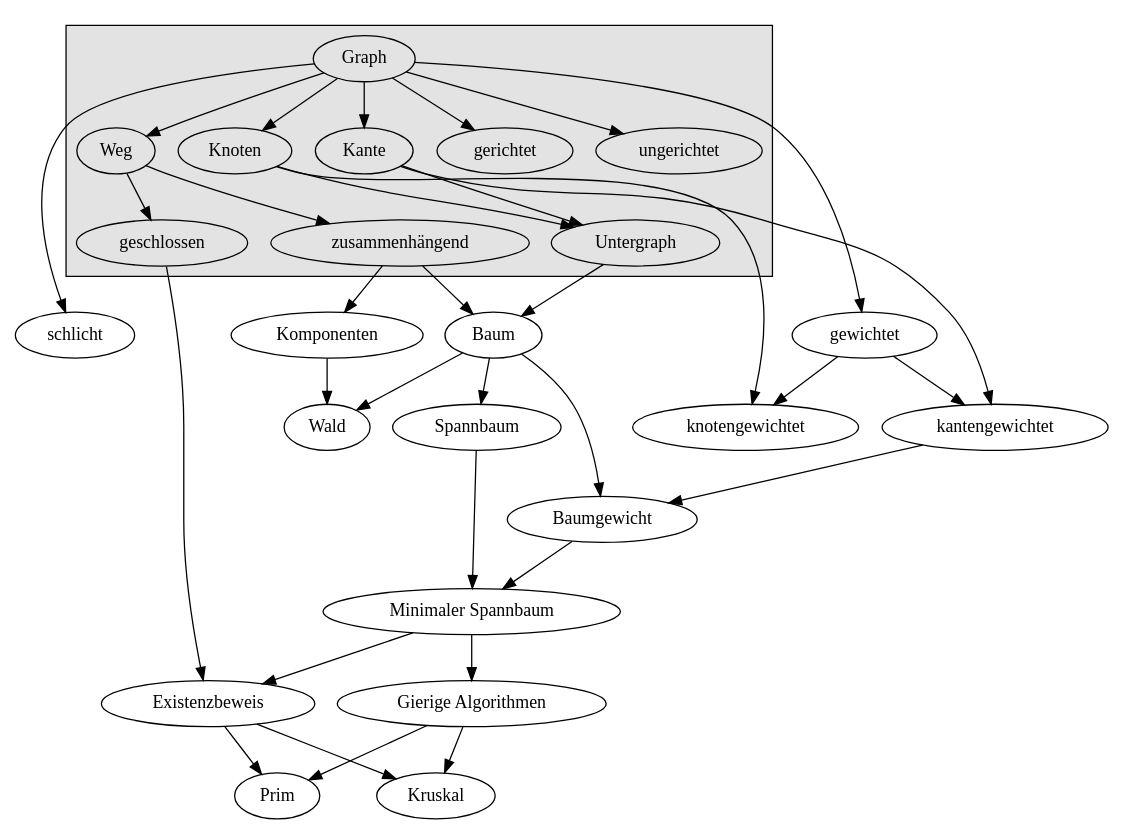
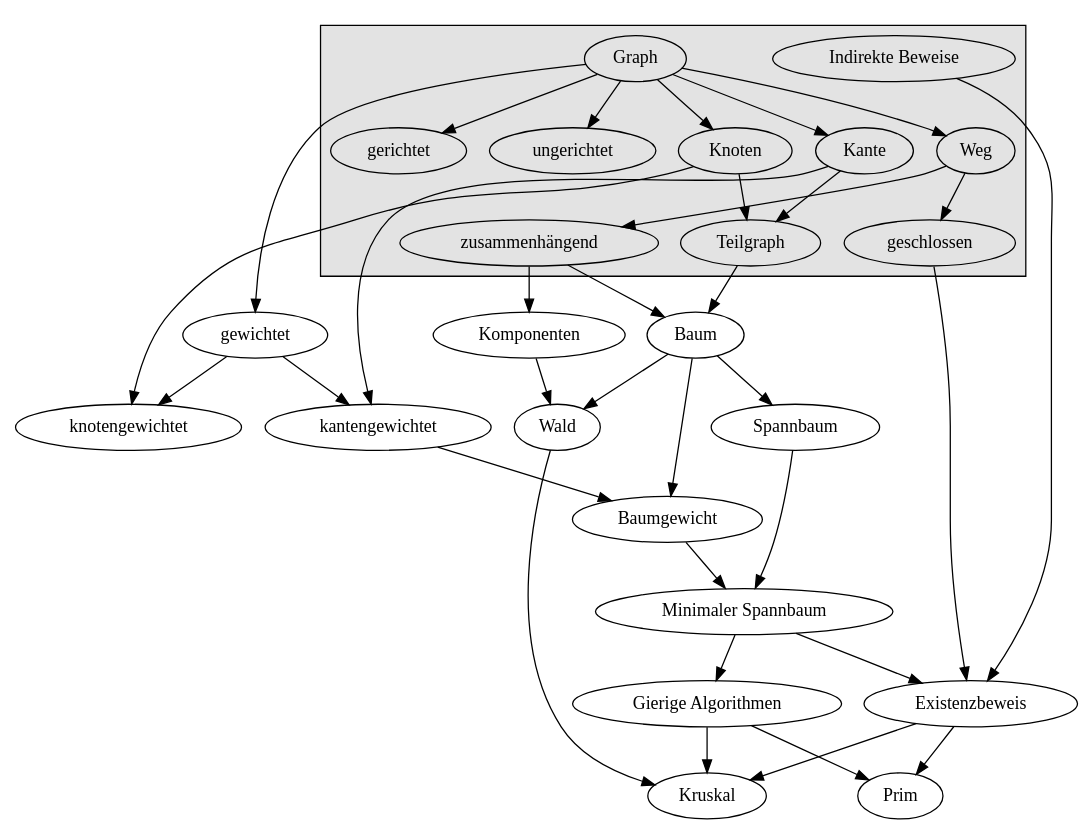
The diagram in graph/Lernziele.dot (microtherion/FD1_HS13_U1_GKMN), drawn with Graphviz before and after one commit.

Commit message:
T1, T3 und T4 eingebaut.

```diff
--- a/graph/Lernziele.dot
+++ b/graph/Lernziele.dot
@@ -1,44 +1,44 @@
 digraph C {
 	"Graph" -> "Knoten";
 	"Graph" -> "Kante";
-	"Graph" -> "schlicht";
 	"Graph" -> "gerichtet";
 	"Graph" -> "ungerichtet";
 	"Graph" -> "Weg";
 	"Weg" -> "zusammenhängend";
 	"Weg" -> "geschlossen";
 	"zusammenhängend" -> "Komponenten";	
 	"zusammenhängend" -> "Baum";
 	"zusammenhängend" -> "gewichtet" [style="invis"];
-	"zusammenhängend" -> "schlicht" [style="invis"];
 	"Graph" -> "gewichtet";
 	"Knoten" -> "knotengewichtet";
 	"Kante" -> "kantengewichtet";
 	"gewichtet" -> "knotengewichtet";
 	"gewichtet" -> "kantengewichtet";
-	"Knoten" -> "Untergraph";
-	"Kante" -> "Untergraph";
-	"Untergraph" -> "Baum";
+	"Knoten" -> "Teilgraph";
+	"Kante" -> "Teilgraph";
+	"Teilgraph" -> "Baum";
 	"Baum" -> "Spannbaum";
 	"Baum" -> "Wald";
 	"Komponenten" -> "Wald";
 	"Baum" -> "Gewicht";
 	"Gewicht" [label="Baumgewicht"];
 	"Gewicht" -> "Minimaler Spannbaum";
 	"Spannbaum" -> "Minimaler Spannbaum";
 	"kantengewichtet" -> "Gewicht";
 	"Minimaler Spannbaum" -> "Hilfssatz";
 	"geschlossen" -> "Hilfssatz";
+	"Indirekte Beweise" -> "Hilfssatz";
 	"Hilfssatz" [label="Existenzbeweis"];
 	"Minimaler Spannbaum" -> "gierig";
 	"gierig" [label="Gierige Algorithmen"];
 	"gierig" -> "Kruskal";
+	"Wald" -> "Kruskal";
 	"gierig" -> "Prim";
 	"Hilfssatz" -> "Kruskal";
 	"Hilfssatz" -> "Prim";
 
 	subgraph clusterVorkenntnisse {
 		 graph [bgcolor="grey89"];
-		 "Graph"; "Knoten"; "Kante"; "gerichtet"; "ungerichtet"; "Weg"; "zusammenhängend"; "geschlossen"; "Untergraph";
+		 "Graph"; "Knoten"; "Kante"; "gerichtet"; "ungerichtet"; "Weg"; "zusammenhängend"; "geschlossen"; "Teilgraph"; "Indirekte Beweise"
 	}
 }
```
